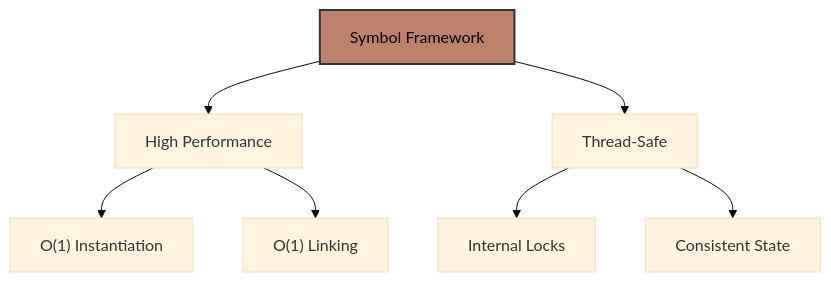
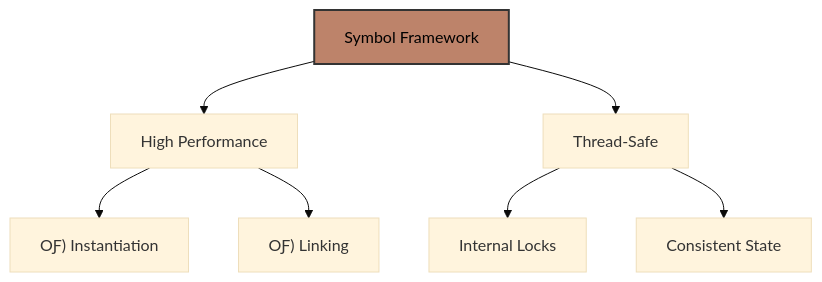
Before and after one commit to ikko/sym: the first of 3 diagrams in docs/readme_details/13_conclusion/index.md, drawn with Mermaid (base theme). The commit also changed 18 other files, not shown here.

````diff
--- a/docs/readme_details/13_conclusion/index.md
+++ b/docs/readme_details/13_conclusion/index.md
@@ -10,13 +10,13 @@
 ```mermaid
 graph TD
     A[Symbol Framework] --> B[High Performance];
-    B --> C[O#40;1#41; Instantiation];
-    B --> D[O#40;1#41; Linking];
+    B --> C[O&#401&#41 Instantiation];
+    B --> D[O&#401&#41 Linking];
     A --> E[Thread-Safe];
     E --> F[Internal Locks];
     E --> G[Consistent State];
 
     style A fill:#bd836a,stroke:#333,stroke-width:2px,color:#000000;
 
     style A fill:#bd836a,stroke:#333,stroke-width:2px,color:#000000;
 ```
````
